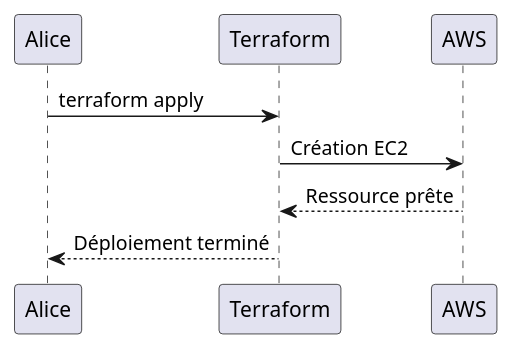
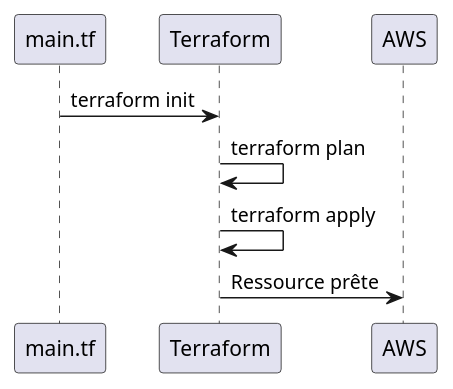
One commit to dhennetier/OC_P6_Terrform changed the diagram in README.md. Above: the diagram before and after it, drawn with PlantUML.

```diff
--- a/README.md
+++ b/README.md
@@ -1,6 +1,6 @@
 @startuml
-Alice -> Terraform : terraform apply
-Terraform -> AWS : Création EC2
-AWS --> Terraform : Ressource prête
-Terraform --> Alice : Déploiement terminé
+main.tf -> Terraform : terraform init
+Terraform -> Terraform : terraform plan
+Terraform -> Terraform : terraform apply
+Terraform -> AWS : Ressource prête
 @enduml
```
